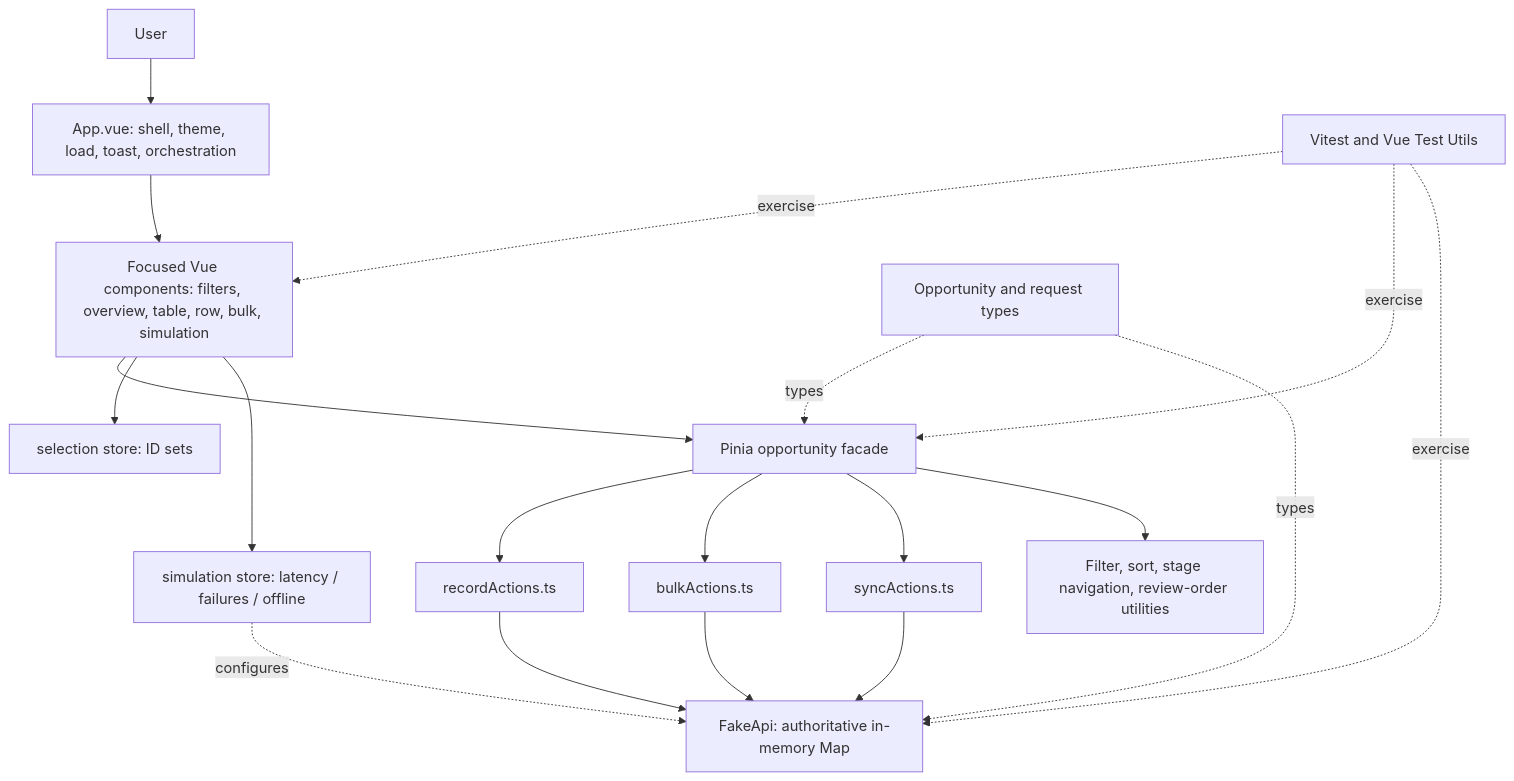
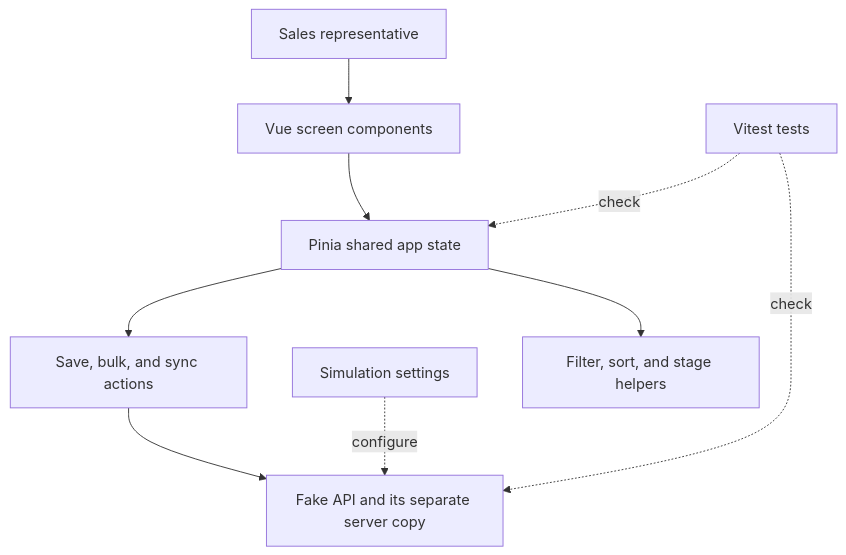
The diagram in docs/ENGINEERING_ARCHITECTURE.md (Vamsichowdhury/CRM), drawn with Mermaid before and after one commit. The commit also changed other lines of this file and 10 other files, not shown here.

````diff
--- a/docs/ENGINEERING_ARCHITECTURE.md
+++ b/docs/ENGINEERING_ARCHITECTURE.md
@@ -19,33 +9,20 @@
 ```mermaid
 flowchart TD
-  User[User]
-  App[App.vue: shell, theme, load, toast, orchestration]
-  UI[Focused Vue components: filters, overview, table, row, bulk, simulation]
-  OStore[Pinia opportunity facade]
-  RActions[recordActions.ts]
-  BActions[bulkActions.ts]
-  SActions[syncActions.ts]
-  Select[selection store: ID sets]
-  Sim[simulation store: latency / failures / offline]
-  API[FakeApi: authoritative in-memory Map]
-  Utils[Filter, sort, stage navigation, review-order utilities]
-  Types[Opportunity and request types]
-  Tests[Vitest and Vue Test Utils]
-  User --> App --> UI
-  UI --> OStore
-  UI --> Select
-  UI --> Sim
-  OStore --> RActions
-  OStore --> BActions
-  OStore --> SActions
-  OStore --> Utils
-  RActions --> API
-  BActions --> API
-  SActions --> API
-  Sim -. configures .-> API
-  Types -. types .-> OStore
-  Types -. types .-> API
-  Tests -. exercise .-> UI
-  Tests -. exercise .-> OStore
-  Tests -. exercise .-> API
+  User[Sales representative]
+  Screen[Vue screen components]
+  Stores[Pinia shared app state]
+  Actions[Save, bulk, and sync actions]
+  FakeAPI[Fake API and its separate server copy]
+  Controls[Simulation settings]
+  Helpers[Filter, sort, and stage helpers]
+  Tests[Vitest tests]
+
+  User --> Screen
+  Screen --> Stores
+  Stores --> Actions
+  Actions --> FakeAPI
+  Controls -. configure .-> FakeAPI
+  Stores --> Helpers
+  Tests -. check .-> Stores
+  Tests -. check .-> FakeAPI
 ```
````
